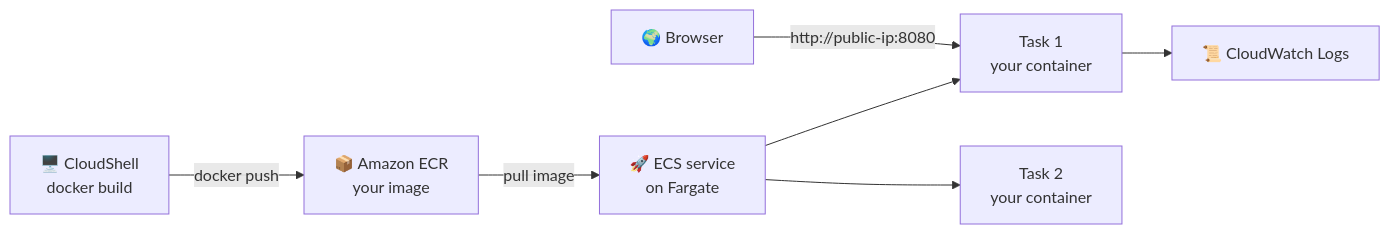
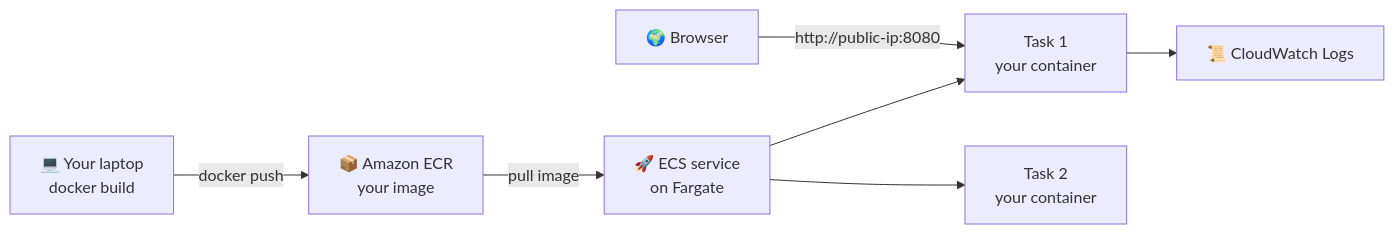
Before and after one commit to cloudadhar/from-code-to-cloud: the diagram in README.md, drawn with Mermaid. The commit also changed other lines of this file and 1 other file, not shown here.

Commit message:
Build and push from the laptop (Docker Desktop, AWS CLI, aws login); run as a task before the service

````diff
--- a/README.md
+++ b/README.md
@@ -24,9 +37,9 @@
 ```mermaid
 flowchart LR
-    C[🖥️ CloudShell<br/>docker build] -->|docker push| R[📦 Amazon ECR<br/>your image]
+    C[💻 Your laptop<br/>docker build] -->|docker push| R[📦 Amazon ECR<br/>your image]
     R -->|pull image| S[🚀 ECS service<br/>on Fargate]
     S --> T1[Task 1<br/>your container]
     S --> T2[Task 2<br/>your container]
     U[🌍 Browser] -->|http://public-ip:8080| T1
     T1 --> L[📜 CloudWatch Logs]
 ```
````
